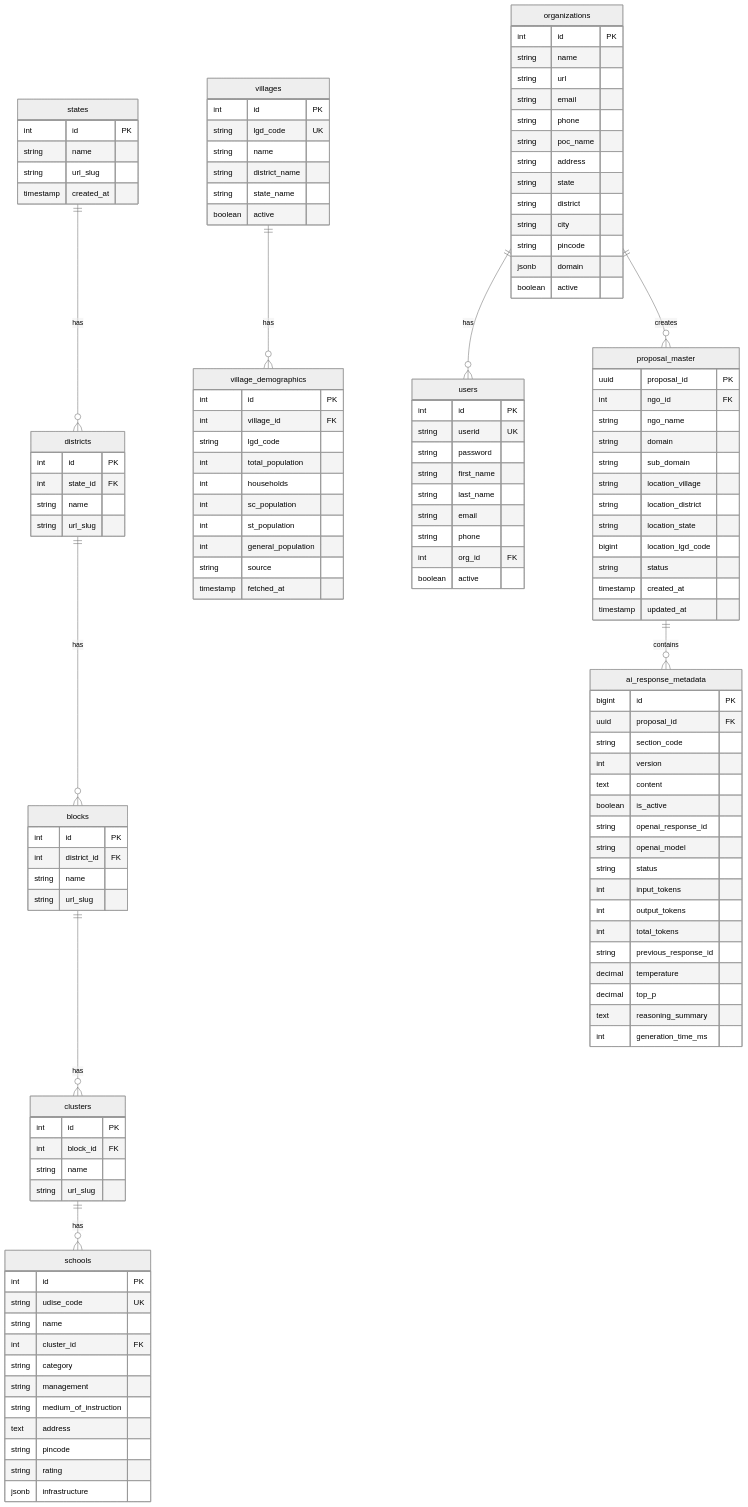
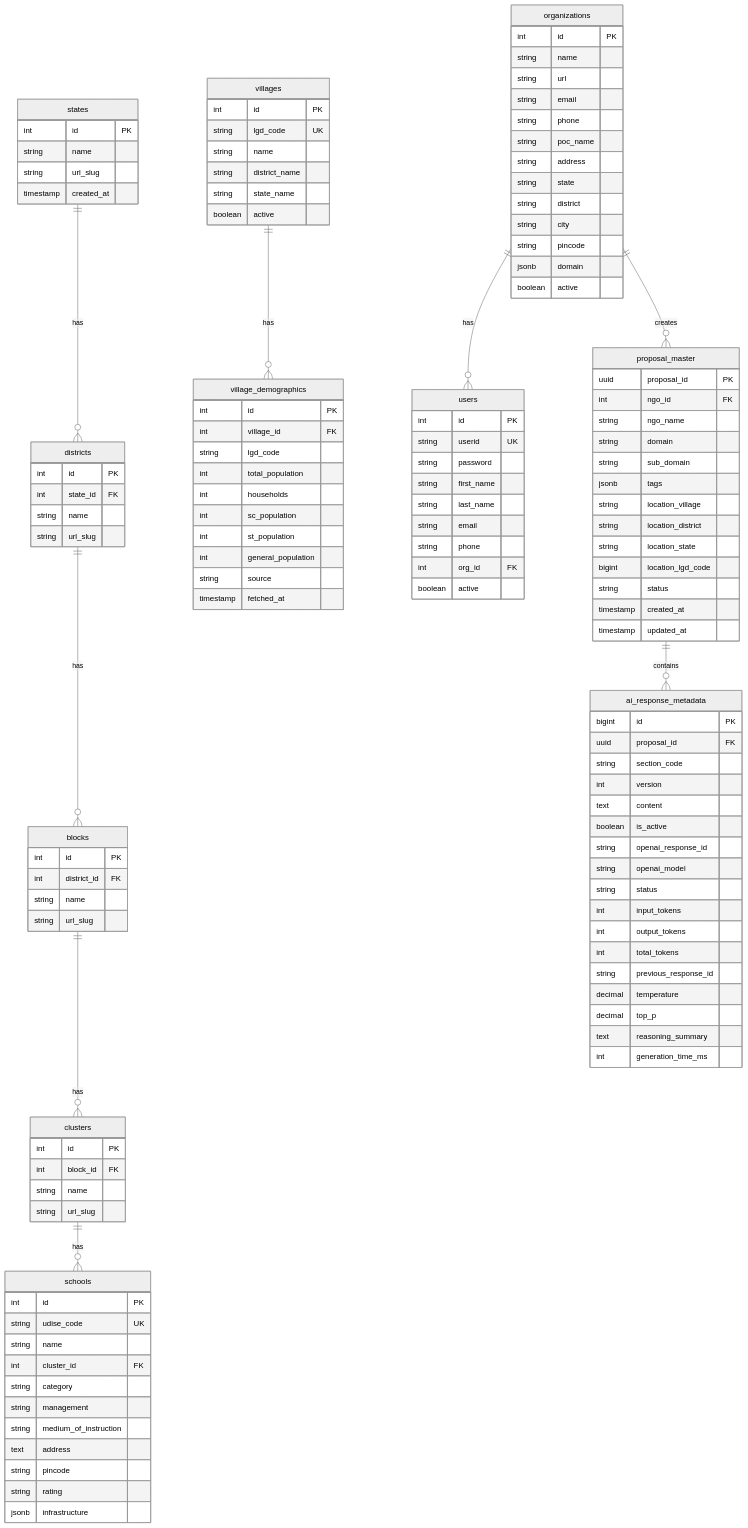
Before and after one commit to Prakalpa-Proposal/prakalpa_proposal_database: the diagram in README.md, drawn with Mermaid (neutral theme). The commit also changed other lines of this file and 6 other files, not shown here.

Commit message:
Update database: scripts and schema (excluding source_data_files)

```diff
--- a/README.md
+++ b/README.md
@@ -134,6 +156,7 @@
         string ngo_name
         string domain
         string sub_domain
+        jsonb tags
         string location_village
         string location_district
         string location_state
```
